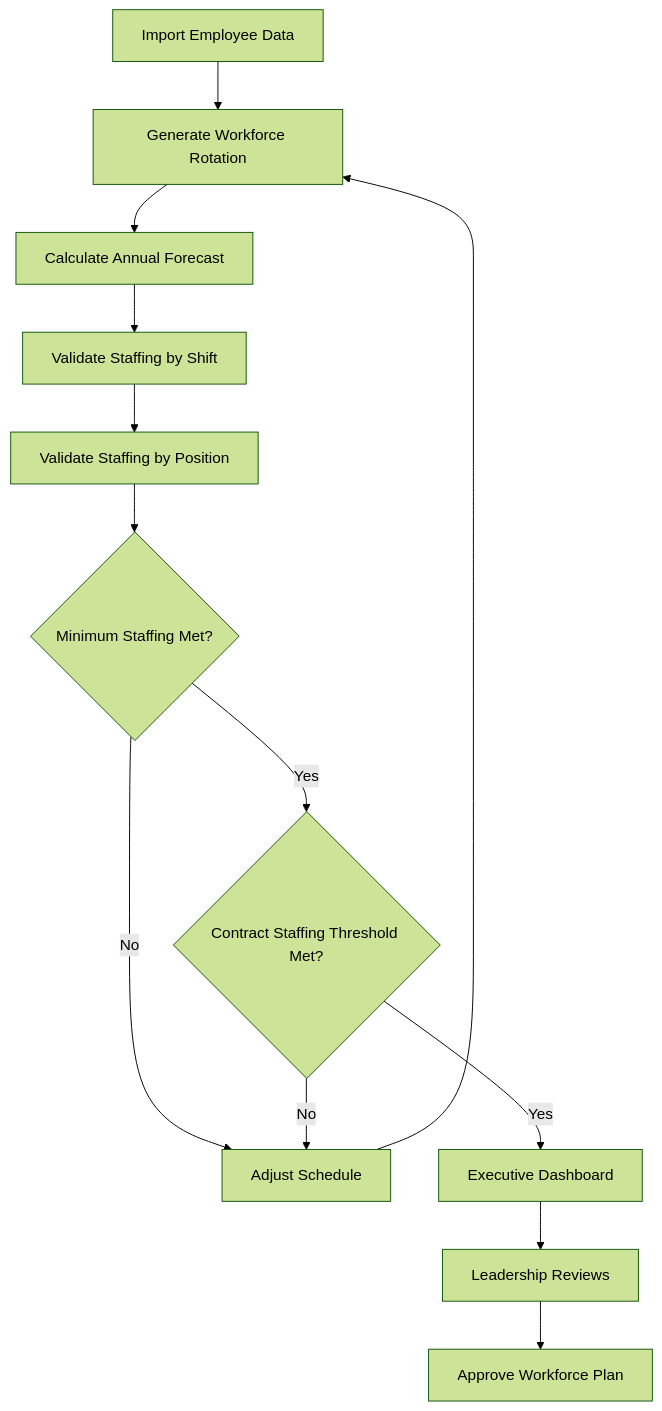
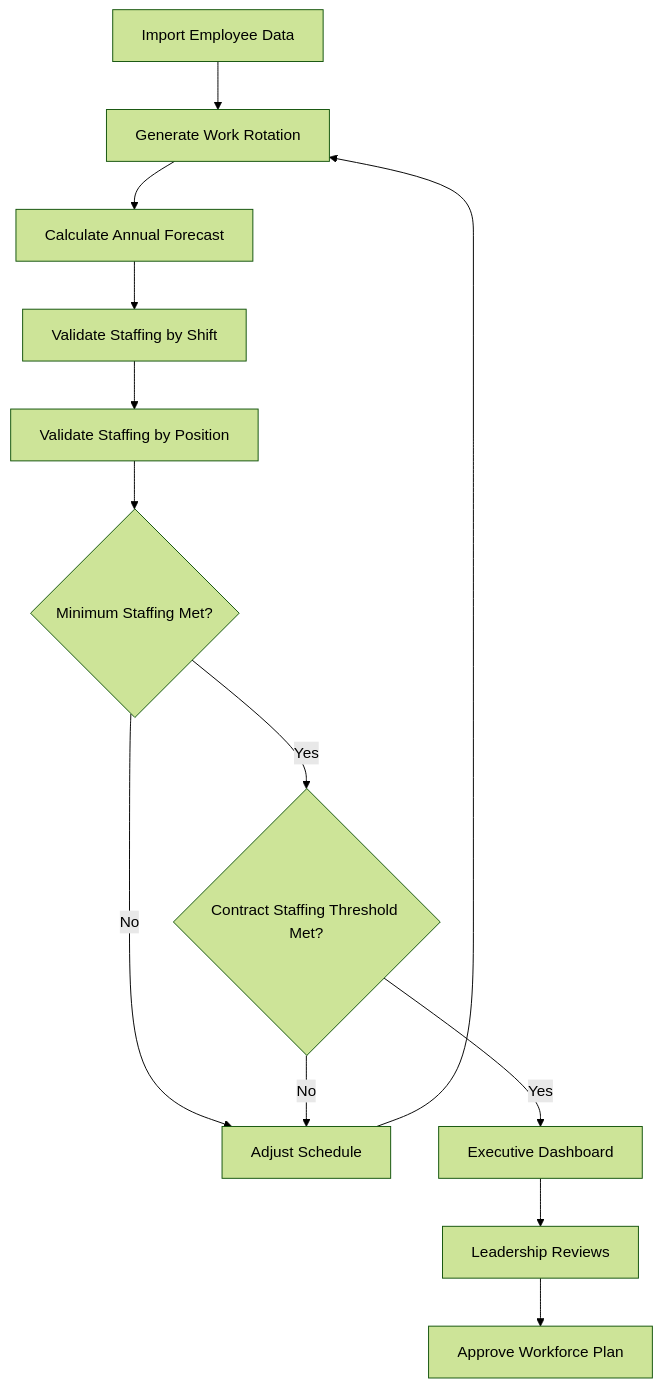
One commit to adominguez17/BA-001-Workforce-Scheduling-System changed the first of 3 diagrams in README.md. Above: the diagram before and after it, drawn with Mermaid (forest theme).

````diff
--- a/README.md
+++ b/README.md
@@ -84,22 +84,22 @@
 ```mermaid
 flowchart TD
 
 A[Import Employee Data]
-A --> B[Generate Workforce Rotation]
+A --> B[Generate Work Rotation]
 B --> C[Calculate Annual Forecast]
 C --> D[Validate Staffing by Shift]
 D --> E[Validate Staffing by Position]
 
 E --> F{Minimum Staffing Met?}
 
 F -->|No| G[Adjust Schedule]
 G --> B
 
 F -->|Yes| H{Contract Staffing Threshold Met?}
 
 H -->|No| G
 
 H -->|Yes| I[Executive Dashboard]
 I --> J[Leadership Reviews]
 J --> K[Approve Workforce Plan]
 ```
````
